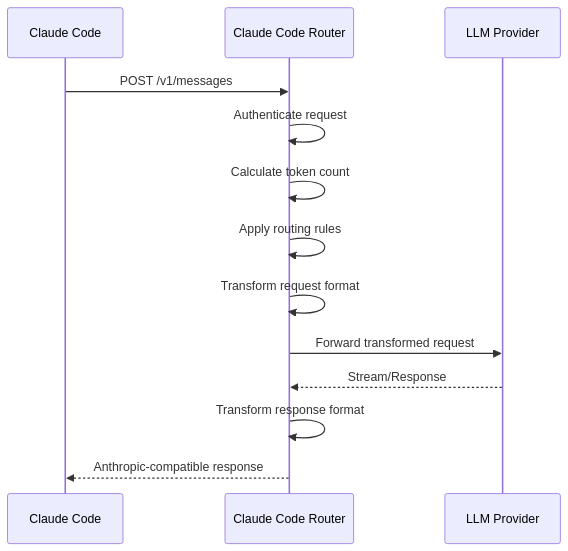
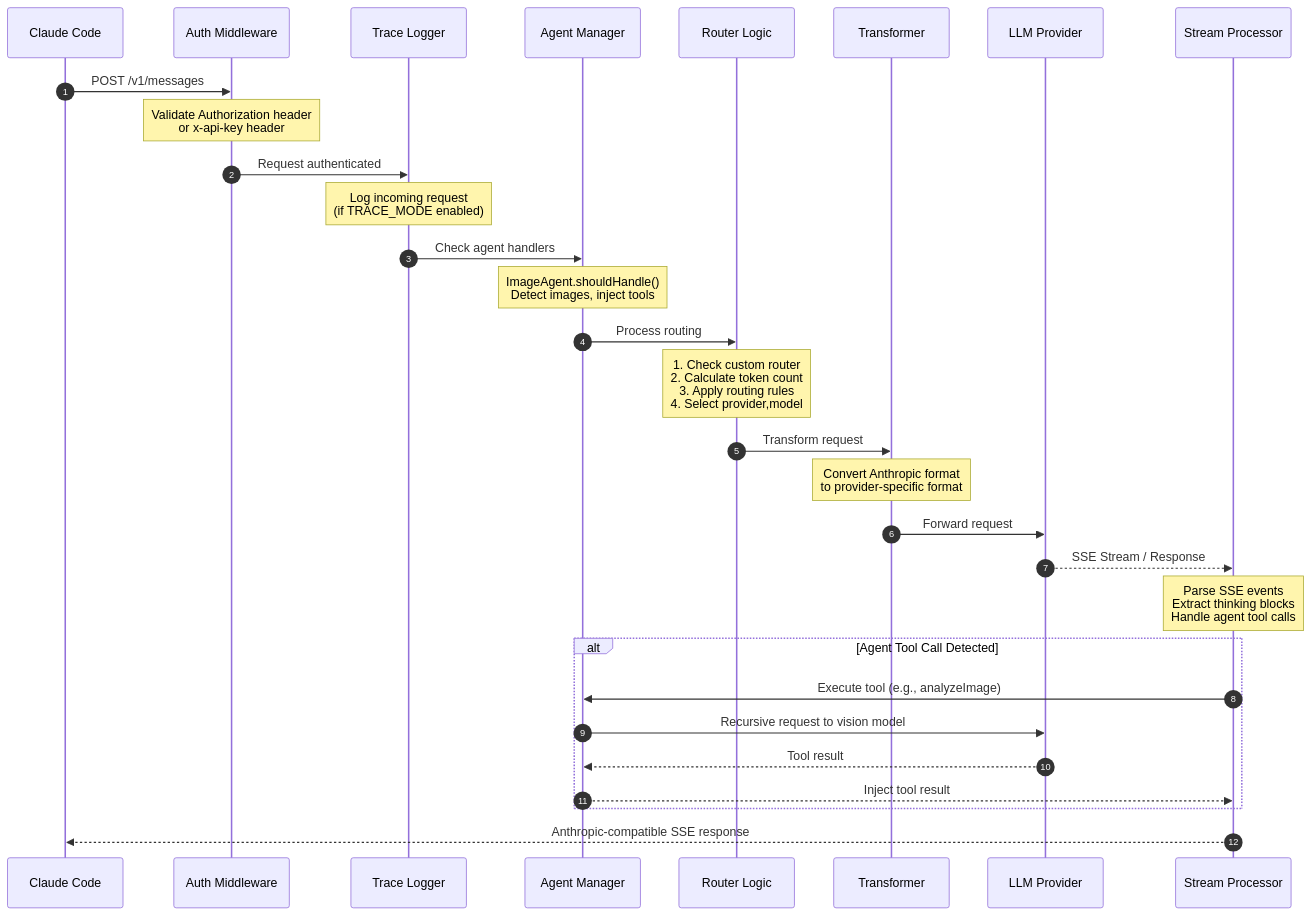
One commit to NikkeTryHard/claude-code-router changed the second of 6 diagrams in README.md. Above: the diagram before and after it, drawn with Mermaid. The commit also changed other lines of this file and 1 other file, not shown here.

First line of the commit message:
docs: comprehensive README rewrite with technical depth and mermaid diagrams

````diff
--- a/README.md
+++ b/README.md
@@ -96,16 +118,41 @@
 ```mermaid
 sequenceDiagram
+    autonumber
     participant CC as Claude Code
-    participant CCR as Claude Code Router
+    participant Auth as Auth Middleware
+    participant Trace as Trace Logger
+    participant Agents as Agent Manager
+    participant Router as Router Logic
+    participant Transform as Transformer
     participant Provider as LLM Provider
+    participant Stream as Stream Processor
 
-    CC->>CCR: POST /v1/messages
-    CCR->>CCR: Authenticate request
-    CCR->>CCR: Calculate token count
-    CCR->>CCR: Apply routing rules
-    CCR->>CCR: Transform request format
-    CCR->>Provider: Forward transformed request
-    Provider-->>CCR: Stream/Response
-    CCR->>CCR: Transform response format
-    CCR-->>CC: Anthropic-compatible response
+    CC->>Auth: POST /v1/messages
+    Note over Auth: Validate Authorization header<br/>or x-api-key header
+
+    Auth->>Trace: Request authenticated
+    Note over Trace: Log incoming request<br/>(if TRACE_MODE enabled)
+
+    Trace->>Agents: Check agent handlers
+    Note over Agents: ImageAgent.shouldHandle()<br/>Detect images, inject tools
+
+    Agents->>Router: Process routing
+    Note over Router: 1. Check custom router<br/>2. Calculate token count<br/>3. Apply routing rules<br/>4. Select provider,model
+
+    Router->>Transform: Transform request
+    Note over Transform: Convert Anthropic format<br/>to provider-specific format
+
+    Transform->>Provider: Forward request
+    Provider-->>Stream: SSE Stream / Response
+
+    Note over Stream: Parse SSE events<br/>Extract thinking blocks<br/>Handle agent tool calls
+
+    alt Agent Tool Call Detected
+        Stream->>Agents: Execute tool (e.g., analyzeImage)
+        Agents->>Provider: Recursive request to vision model
+        Provider-->>Agents: Tool result
+        Agents-->>Stream: Inject tool result
+    end
+
+    Stream-->>CC: Anthropic-compatible SSE response
 ```
````
